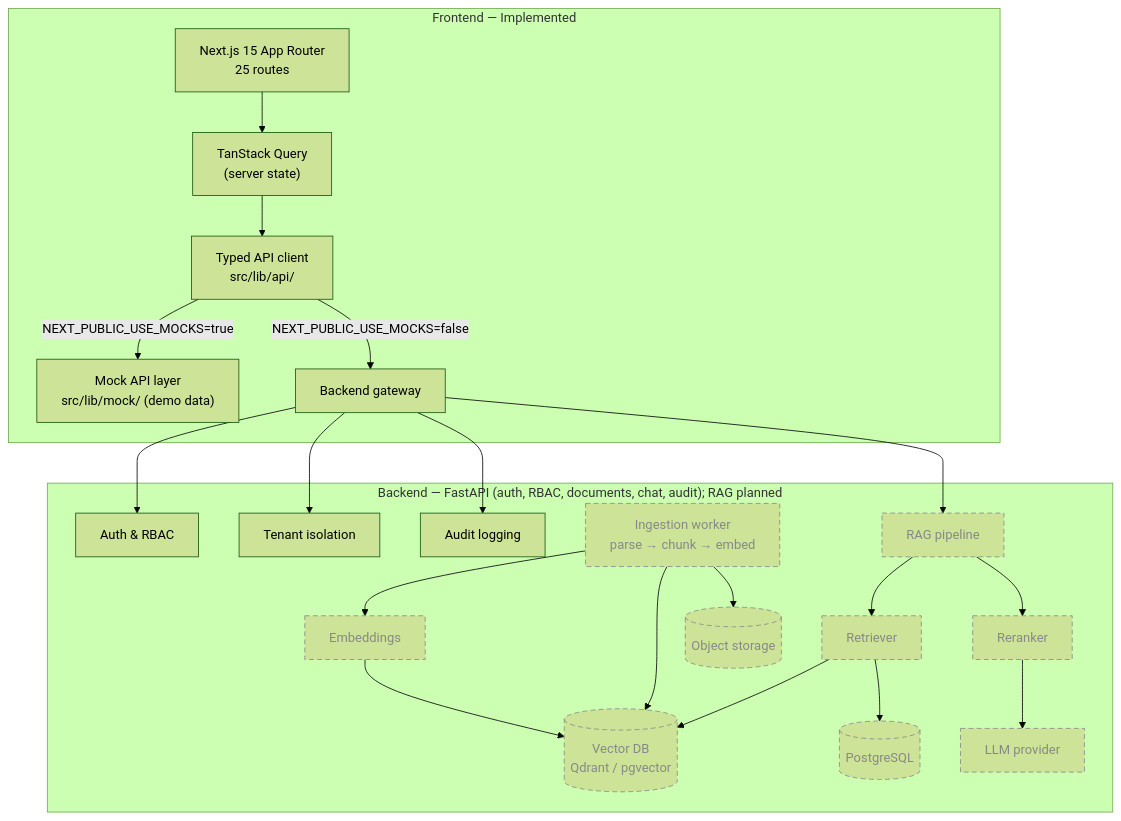
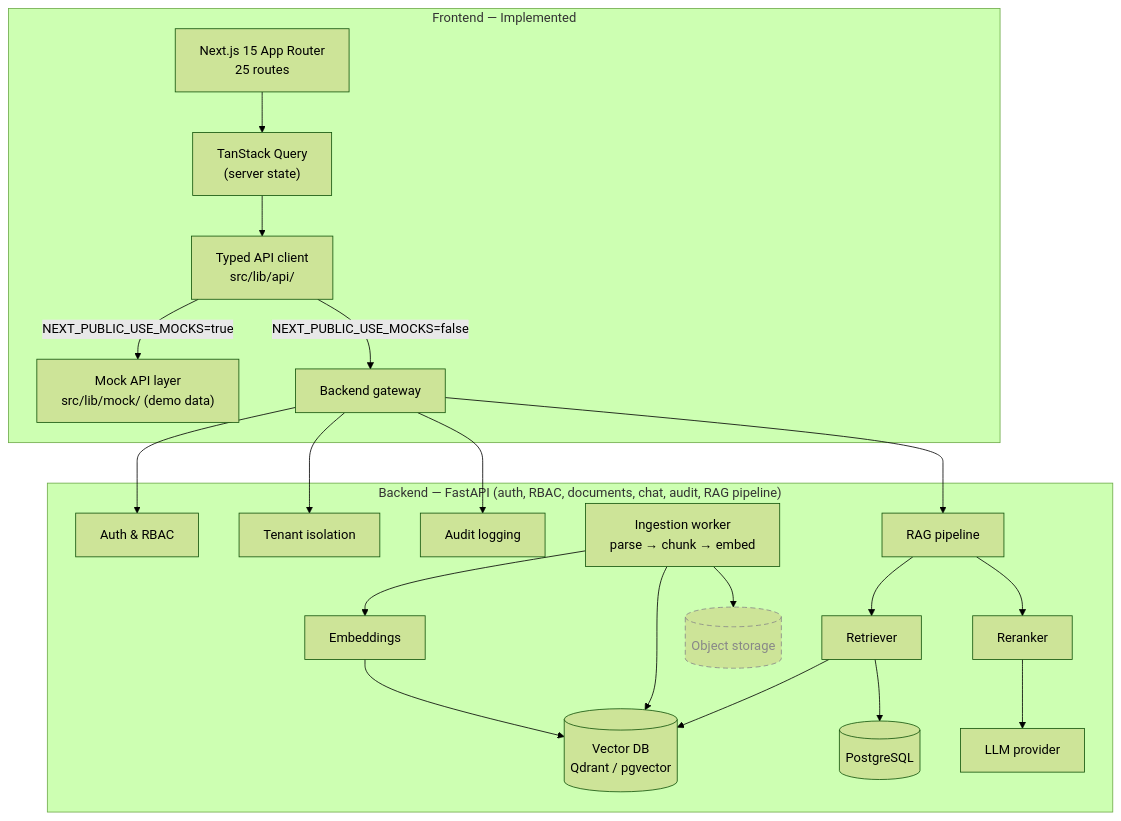
The diagram in README.md (V-Sirichandana/SecureRag), drawn with Mermaid (forest theme) before and after one commit. The commit also changed other lines of this file and 7 other files, not shown here.

````diff
--- a/README.md
+++ b/README.md
@@ -79,28 +80,28 @@
 ```mermaid
 flowchart TD
     subgraph FE["Frontend — Implemented"]
         UI["Next.js 15 App Router<br/>25 routes"]
         UI --> Q["TanStack Query<br/>(server state)"]
         Q --> CL["Typed API client<br/>src/lib/api/"]
         CL -->|"NEXT_PUBLIC_USE_MOCKS=true"| MOCK["Mock API layer<br/>src/lib/mock/ (demo data)"]
         CL -->|"NEXT_PUBLIC_USE_MOCKS=false"| GW["Backend gateway"]
     end
 
-    subgraph BE["Backend — FastAPI (auth, RBAC, documents, chat, audit); RAG planned"]
+    subgraph BE["Backend — FastAPI (auth, RBAC, documents, chat, audit, RAG pipeline)"]
         GW --> AUTH["Auth & RBAC"]
         GW --> TEN["Tenant isolation"]
         GW --> AUD["Audit logging"]
         GW --> RAG["RAG pipeline"]
         RAG --> RET["Retriever"]
         RET --> VDB[("Vector DB<br/>Qdrant / pgvector")]
         RET --> PG[("PostgreSQL")]
         RAG --> RR["Reranker"] --> LLM["LLM provider"]
         ING["Ingestion worker<br/>parse → chunk → embed"] --> VDB
         ING --> OBJ[("Object storage")]
         ING --> EMB["Embeddings"]
         EMB --> VDB
     end
 
     classDef planned stroke-dasharray:6 4,stroke:#888,color:#888
-    class RAG,RET,VDB,PG,RR,LLM,ING,OBJ,EMB planned
+    class OBJ planned
 ```
````
